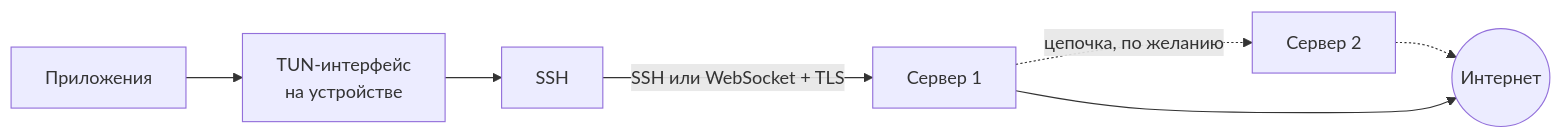
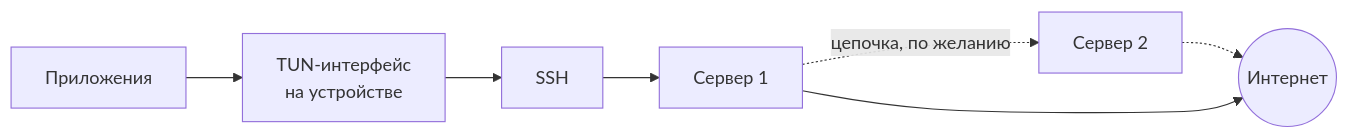
One commit to nogipx/vzhukh changed the diagram in README.md. Above: the diagram before and after it, drawn with Mermaid. The commit also changed other lines of this file and 47 other files, not shown here.

````diff
--- a/README.md
+++ b/README.md
@@ -28,9 +28,9 @@
 ```mermaid
 flowchart LR
     A[Приложения] --> T[TUN-интерфейс<br/>на устройстве]
     T --> S[SSH]
-    S -->|SSH или WebSocket + TLS| H1[Сервер 1]
+    S --> H1[Сервер 1]
     H1 -.->|цепочка, по желанию| H2[Сервер 2]
     H2 -.-> I((Интернет))
     H1 --> I
 ```
````
